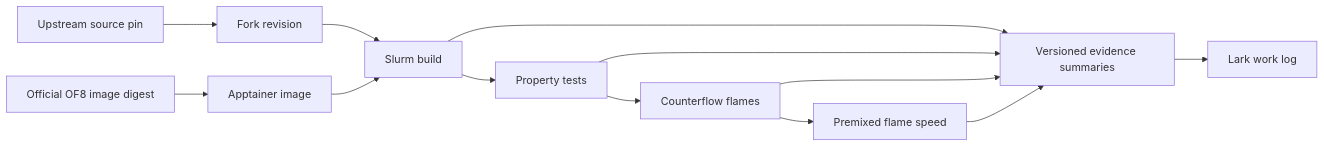
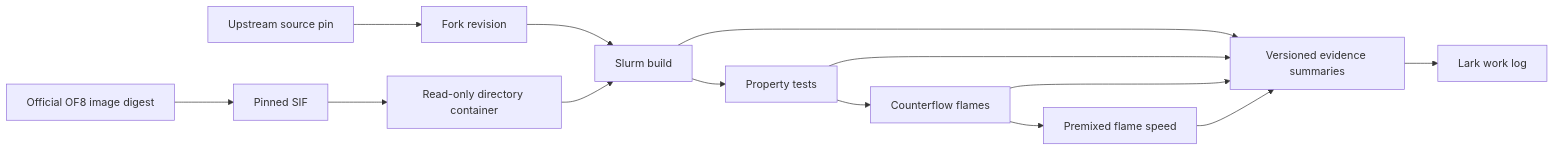
The diagram in replication/docs/architecture.md (xiao312/realFluidFoam-8), drawn with Mermaid before and after one commit. The commit also changed 7 other files, not shown here.

````diff
--- a/replication/docs/architecture.md
+++ b/replication/docs/architecture.md
@@ -3,15 +3,16 @@
 ```mermaid
 flowchart LR
   U[Upstream source pin] --> R[Fork revision]
-  I[Official OF8 image digest] --> A[Apptainer image]
+  I[Official OF8 image digest] --> S[Pinned SIF]
+  S --> A[Read-only directory container]
   R --> B[Slurm build]
   A --> B
   B --> P[Property tests]
   P --> C[Counterflow flames]
   C --> F[Premixed flame speed]
   B --> E[Versioned evidence summaries]
   P --> E
   C --> E
   F --> E
   E --> L[Lark work log]
 ```
````
